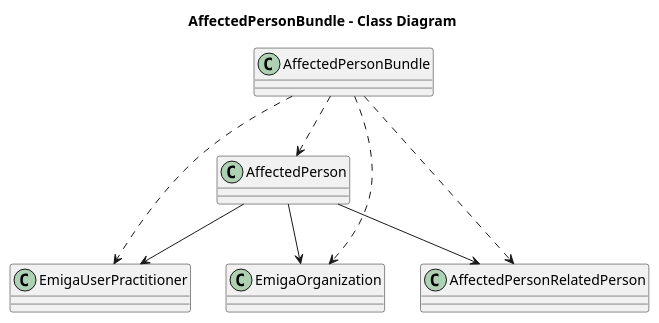
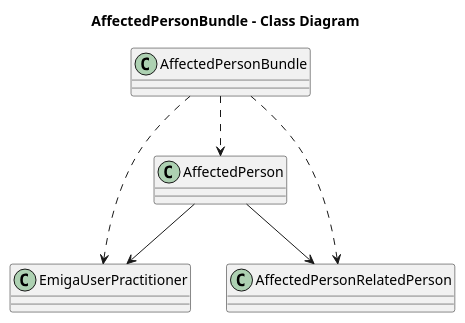
One commit to robert-koch-institut/rki.emiga.common changed the diagram in rki.emiga.common/PlantUML/AffectedPersonBundle.puml. Above: the diagram before and after it, drawn with PlantUML.

```diff
--- a/rki.emiga.common/PlantUML/AffectedPersonBundle.puml
+++ b/rki.emiga.common/PlantUML/AffectedPersonBundle.puml
@@ -1,23 +1,19 @@
 @startuml
 
 title AffectedPersonBundle - Class Diagram
 
 class AffectedPerson{
 }
 class EmigaUserPractitioner {
 }
-class EmigaOrganization {
-}
 class AffectedPersonBundle {
 }
 
 AffectedPerson --> AffectedPersonRelatedPerson
-AffectedPerson --> EmigaOrganization
 AffectedPerson --> EmigaUserPractitioner
 
 AffectedPersonBundle ..> AffectedPerson
 AffectedPersonBundle ..> AffectedPersonRelatedPerson
-AffectedPersonBundle ..> EmigaOrganization
 AffectedPersonBundle ..> EmigaUserPractitioner
 
 @enduml
```
